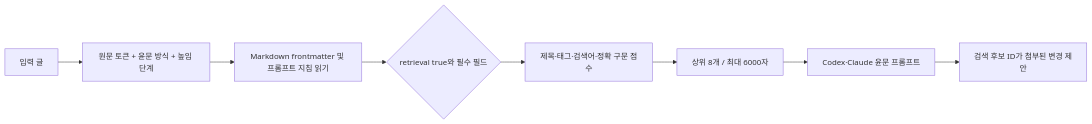
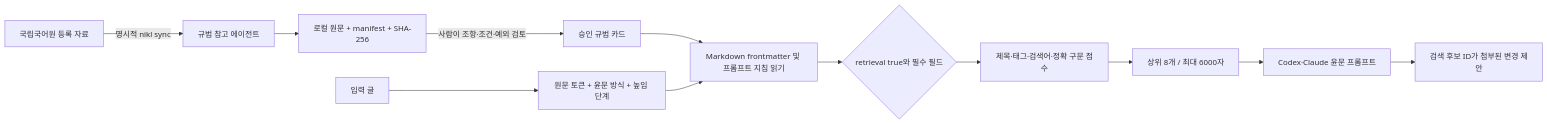
The fourth of 8 diagrams in README.md (kuseumkkrkkr/KR-humanizer), drawn with Mermaid before and after one commit. The commit also changed other lines of this file and 15 other files, not shown here.

Commit message:
feat: add controlled NIKL reference agent

````diff
--- a/README.md
+++ b/README.md
@@ -277,10 +279,14 @@
 ```mermaid
 flowchart LR
+  Official[국립국어원 등록 자료] -->|명시적 nikl sync| Agent[규범 참고 에이전트]
+  Agent --> Cache[로컬 원문 + manifest + SHA-256]
+  Cache -->|사람이 조항·조건·예외 검토| Approved[승인 규범 카드]
   Text[입력 글] --> Query[원문 토큰 + 윤문 방식 + 높임 단계]
-  Query --> Scan[Markdown frontmatter 및 프롬프트 지침 읽기]
+  Approved --> Scan[Markdown frontmatter 및 프롬프트 지침 읽기]
+  Query --> Scan
   Scan --> Filter{retrieval true와 필수 필드}
   Filter --> Score[제목·태그·검색어·정확 구문 점수]
   Score --> Top[상위 8개 / 최대 6000자]
   Top --> Prompt[Codex·Claude 윤문 프롬프트]
   Prompt --> Proposal[검색 후보 ID가 첨부된 변경 제안]
 ```
````
